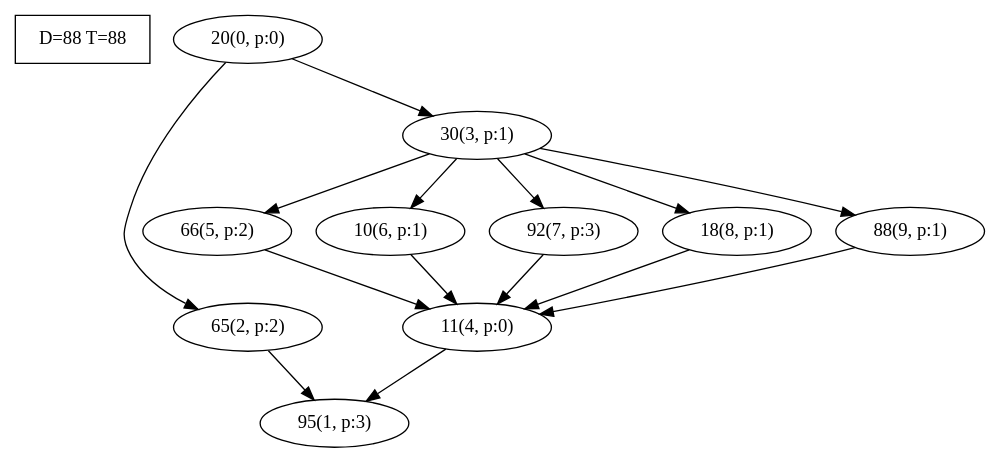
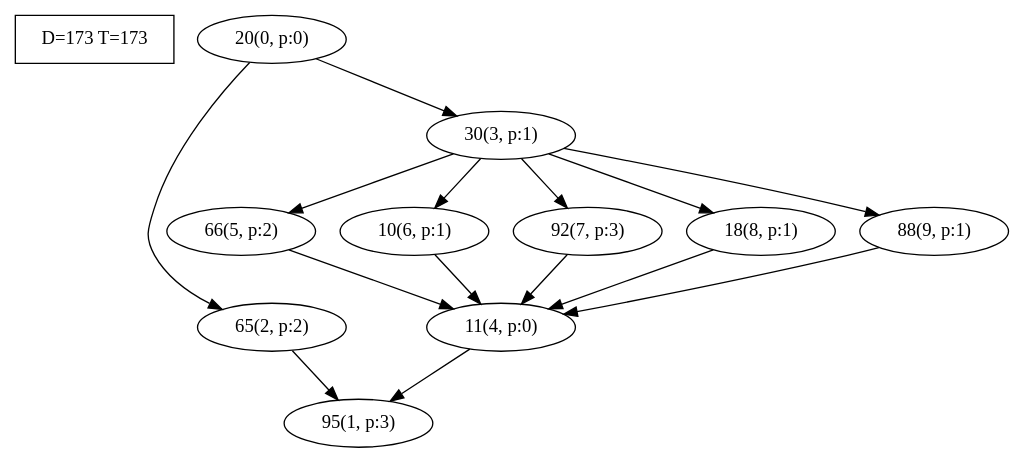
One commit to gzqx/global-dag-randomization changed the diagram in res/generated_dags/taskset_54/task_0.dot. Above: the diagram before and after it, drawn with Graphviz. The commit also changed 119 other files, not shown here.

```diff
--- a/res/generated_dags/taskset_54/task_0.dot
+++ b/res/generated_dags/taskset_54/task_0.dot
@@ -1,27 +1,27 @@
 digraph Task {
-i [shape=box, label="D=88 T=88"]; 
+i [shape=box, label="D=173 T=173"]; 
 0 [label="20(0, p:0)"];
 1 [label="95(1, p:3)"];
 2 [label="65(2, p:2)"];
 3 [label="30(3, p:1)"];
 4 [label="11(4, p:0)"];
 5 [label="66(5, p:2)"];
 6 [label="10(6, p:1)"];
 7 [label="92(7, p:3)"];
 8 [label="18(8, p:1)"];
 9 [label="88(9, p:1)"];
 0 -> 2;
 0 -> 3;
 2 -> 1;
 3 -> 5;
 3 -> 6;
 3 -> 7;
 3 -> 8;
 3 -> 9;
 4 -> 1;
 5 -> 4;
 6 -> 4;
 7 -> 4;
 8 -> 4;
 9 -> 4;
 }
```
